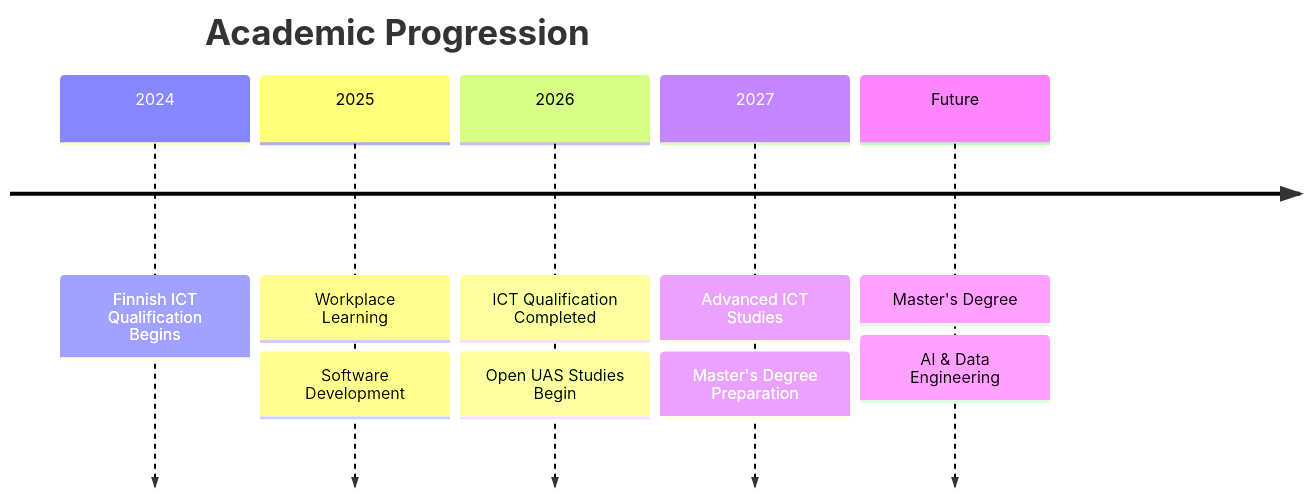
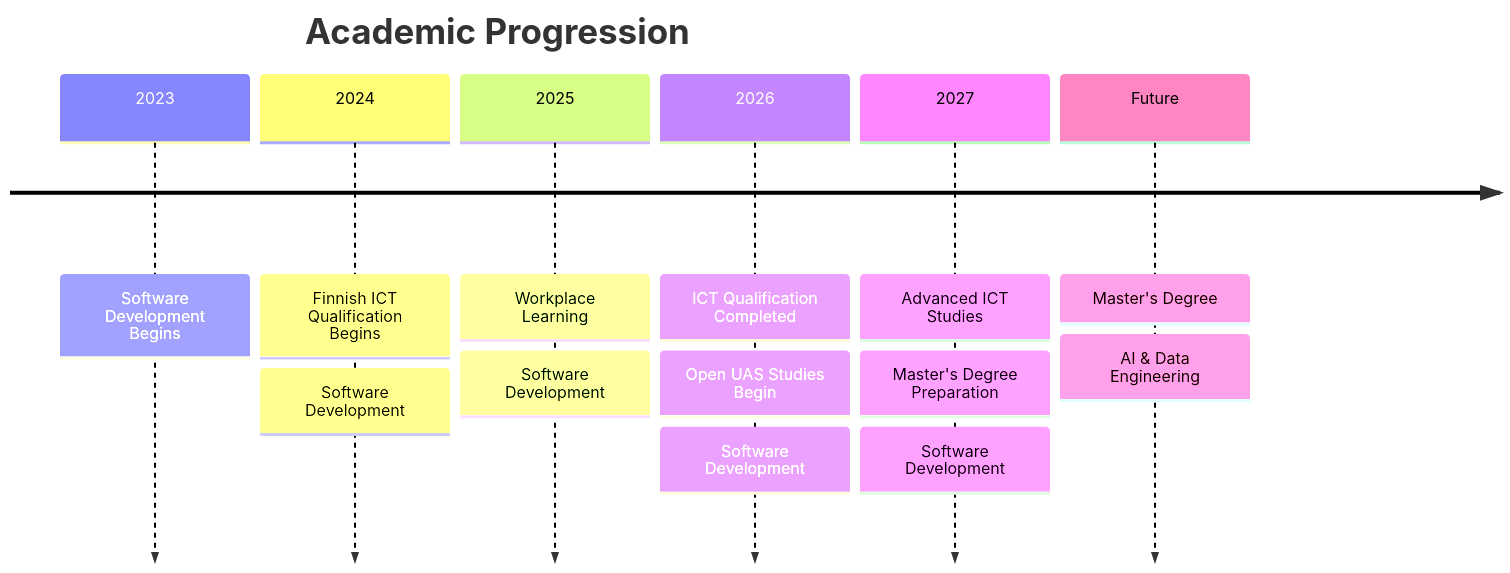
The fourth of 4 diagrams in education/metropolia.md (romafin11/roma-jaiswal-portfolio), drawn with Mermaid before and after one commit.

````diff
--- a/education/metropolia.md
+++ b/education/metropolia.md
@@ -240,19 +240,24 @@
 ```mermaid
 timeline
 
 title Academic Progression
 
+2023 : Software Development Begins
+
 2024 : Finnish ICT Qualification Begins
+     : Software Development 
 
 2025 : Workplace Learning
      : Software Development
 
 2026 : ICT Qualification Completed
      : Open UAS Studies Begin
+     : Software Development
 
 2027 : Advanced ICT Studies
      : Master's Degree Preparation
+     : Software Development
 
 Future : Master's Degree
        : AI & Data Engineering
 ```
````
